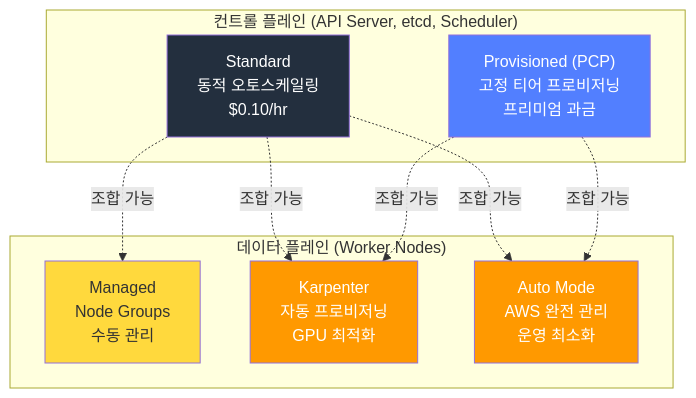
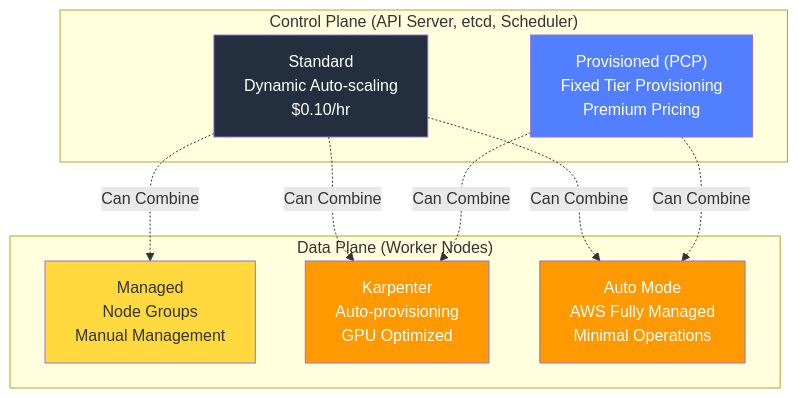
Before and after one commit to devfloor9/engineering-playbook: the second of 11 diagrams in i18n/en/docusaurus-plugin-content-docs/current/agentic-ai-platform/design-architecture/agentic-ai-solutions-eks.md, drawn with Mermaid. The commit also changed other lines of this file and 16 other files, not shown here.

````diff
--- a/i18n/en/docusaurus-plugin-content-docs/current/agentic-ai-platform/design-architecture/agentic-ai-solutions-eks.md
+++ b/i18n/en/docusaurus-plugin-content-docs/current/agentic-ai-platform/design-architecture/agentic-ai-solutions-eks.md
@@ -88,25 +88,25 @@
 ```mermaid
 flowchart TD
-    subgraph ControlPlane["컨트롤 플레인 (API Server, etcd, Scheduler)"]
-        CP_STD["Standard<br/>동적 오토스케일링<br/>$0.10/hr"]
-        CP_PCP["Provisioned (PCP)<br/>고정 티어 프로비저닝<br/>프리미엄 과금"]
+    subgraph ControlPlane["Control Plane (API Server, etcd, Scheduler)"]
+        CP_STD["Standard<br/>Dynamic Auto-scaling<br/>$0.10/hr"]
+        CP_PCP["Provisioned (PCP)<br/>Fixed Tier Provisioning<br/>Premium Pricing"]
     end
 
-    subgraph DataPlane["데이터 플레인 (Worker Nodes)"]
-        DP_MNG["Managed<br/>Node Groups<br/>수동 관리"]
-        DP_KARP["Karpenter<br/>자동 프로비저닝<br/>GPU 최적화"]
-        DP_AUTO["Auto Mode<br/>AWS 완전 관리<br/>운영 최소화"]
+    subgraph DataPlane["Data Plane (Worker Nodes)"]
+        DP_MNG["Managed<br/>Node Groups<br/>Manual Management"]
+        DP_KARP["Karpenter<br/>Auto-provisioning<br/>GPU Optimized"]
+        DP_AUTO["Auto Mode<br/>AWS Fully Managed<br/>Minimal Operations"]
     end
 
-    CP_STD -.->|조합 가능| DP_MNG
-    CP_STD -.->|조합 가능| DP_KARP
-    CP_STD -.->|조합 가능| DP_AUTO
-    CP_PCP -.->|조합 가능| DP_KARP
-    CP_PCP -.->|조합 가능| DP_AUTO
+    CP_STD -.->|"Can Combine"| DP_MNG
+    CP_STD -.->|"Can Combine"| DP_KARP
+    CP_STD -.->|"Can Combine"| DP_AUTO
+    CP_PCP -.->|"Can Combine"| DP_KARP
+    CP_PCP -.->|"Can Combine"| DP_AUTO
 
     style CP_STD fill:#232f3e,color:#fff
     style CP_PCP fill:#527fff,color:#fff
     style DP_MNG fill:#ffd93d
     style DP_KARP fill:#ff9900,color:#fff
     style DP_AUTO fill:#ff9900,color:#fff
 ```
````
